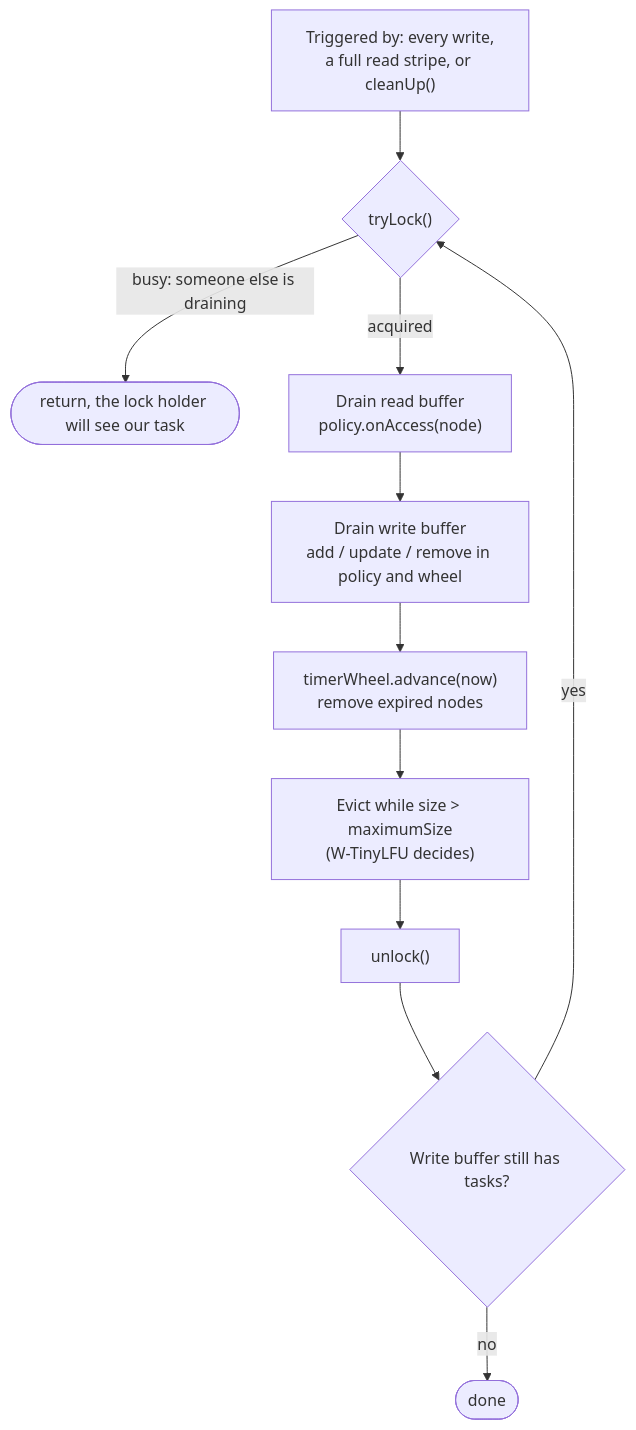
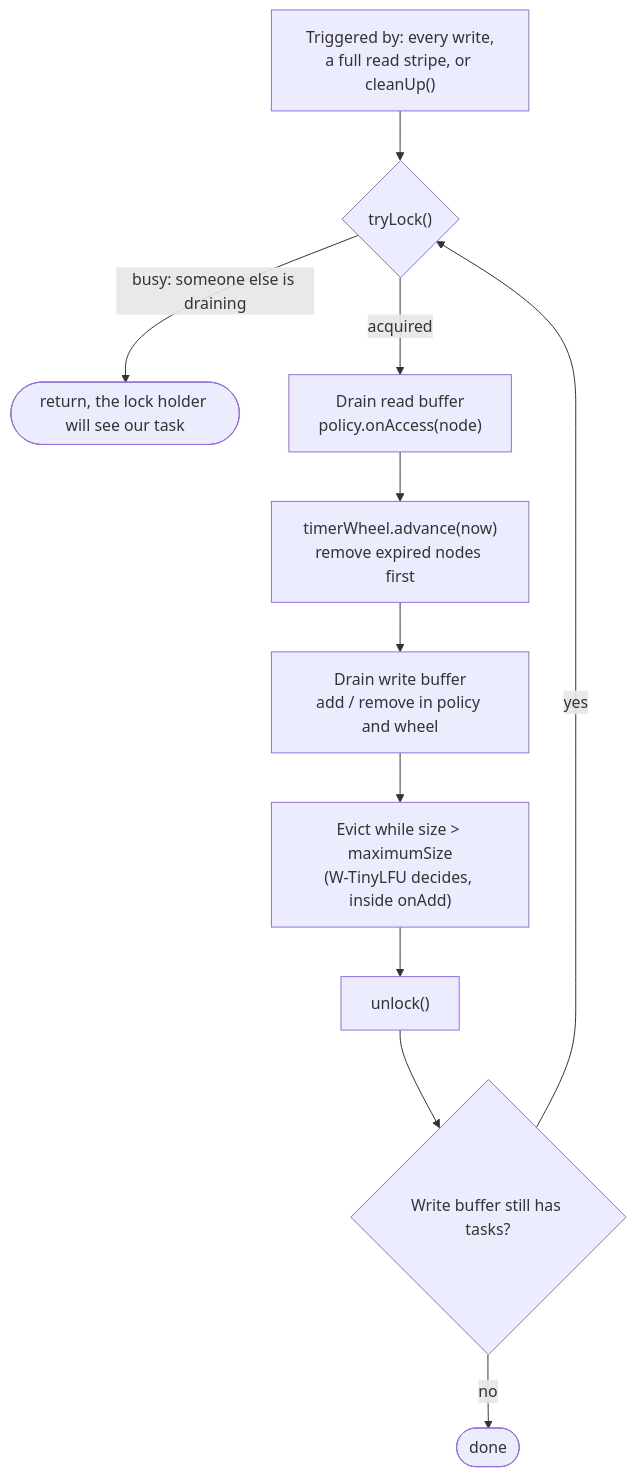
The ninth of 14 diagrams in docs/HLD.md (shashankpatil-dev/kaffeine), drawn with Mermaid before and after one commit. The commit also changed other lines of this file and 2 other files, not shown here.

Commit message:
Update design docs for expiry and loading

````diff
--- a/docs/HLD.md
+++ b/docs/HLD.md
@@ -248,13 +248,13 @@
 ```mermaid
 flowchart TD
     Trig["Triggered by: every write,<br/>a full read stripe, or cleanUp()"] --> TL{"tryLock()"}
     TL -- "busy: someone else is draining" --> Skip(["return, the lock holder will see our task"])
     TL -- acquired --> DR["Drain read buffer<br/>policy.onAccess(node)"]
-    DR --> DW["Drain write buffer<br/>add / update / remove in policy and wheel"]
-    DW --> EX["timerWheel.advance(now)<br/>remove expired nodes"]
-    EX --> EV["Evict while size > maximumSize<br/>(W-TinyLFU decides)"]
+    DR --> EX["timerWheel.advance(now)<br/>remove expired nodes first"]
+    EX --> DW["Drain write buffer<br/>add / remove in policy and wheel"]
+    DW --> EV["Evict while size > maximumSize<br/>(W-TinyLFU decides, inside onAdd)"]
     EV --> UL["unlock()"]
     UL --> RC{"Write buffer still has tasks?"}
     RC -- yes --> TL
     RC -- no --> Fin(["done"])
 ```
````
